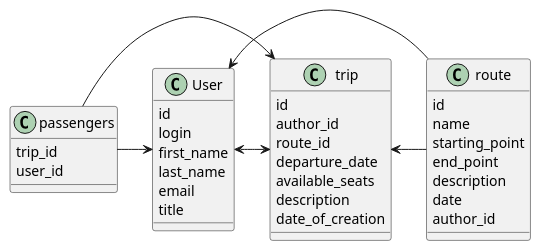
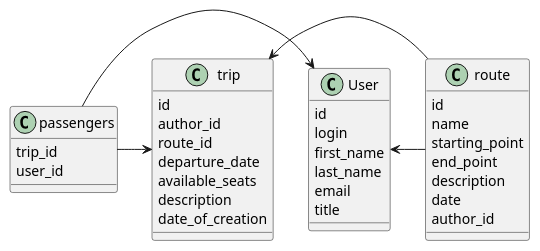
The second of 2 diagrams in components.md (recoter/Malofeev-IS), drawn with PlantUML before and after one commit.

Commit message:
second commit

````diff
--- a/components.md
+++ b/components.md
@@ -82,47 +82,47 @@
 ```puml
 @startuml
 
 class route {
   id
   name
   starting_point
   end_point
   description
   date
   author_id
 }
 
 class User {
   id
   login
   first_name
   last_name
   email
   title
 }
 
 class trip {
   id
   author_id
   route_id
   departure_date
   available_seats
   description
   date_of_creation
   
 }
 
 class passengers {
  trip_id
  user_id
 
 }
 
-User <-> trip
+
 User <- route
 trip <- route
 passengers -> User
 passengers -> trip
 
 @enduml
 ```
````
